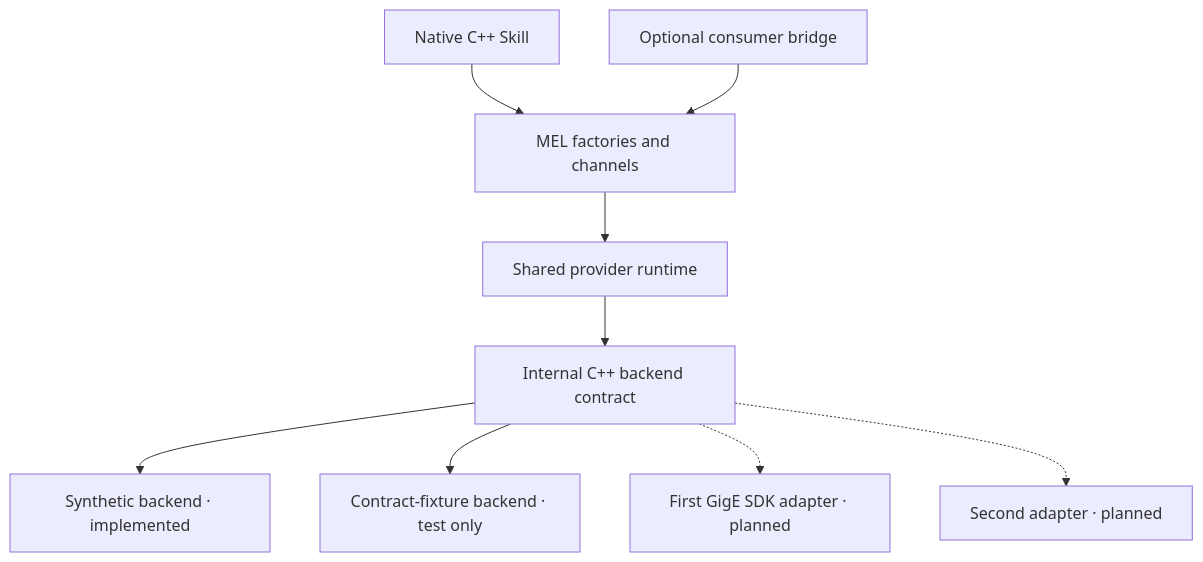
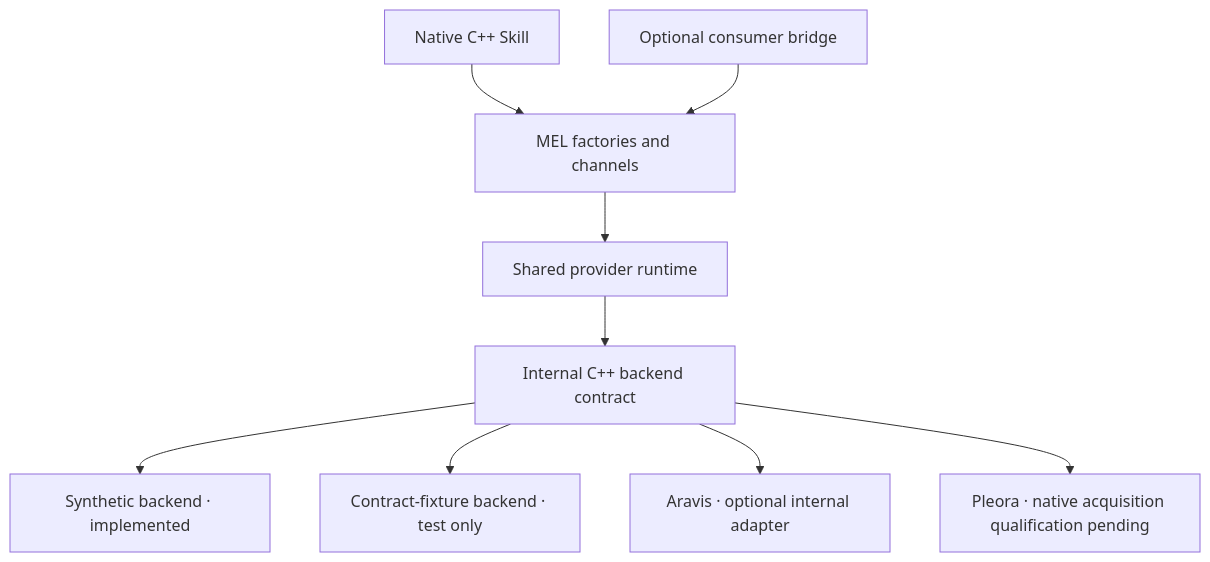
The diagram in README.md (zackboll/ams-gra-gige-mel-provider), drawn with Mermaid before and after one commit. The commit also changed other lines of this file and 22 other files, not shown here.

Commit message:
GIGE-MEL-026: Add optional Pleora backend and host qualification task

````diff
--- a/README.md
+++ b/README.md
@@ -133,11 +142,11 @@
 ```mermaid
 flowchart TD
     Skill["Native C++ Skill"] --> MEL["MEL factories and channels"]
     Bridge["Optional consumer bridge"] --> MEL
     MEL --> Runtime["Shared provider runtime"]
     Runtime --> Contract["Internal C++ backend contract"]
     Contract --> Synthetic["Synthetic backend · implemented"]
     Contract --> Fixture["Contract-fixture backend · test only"]
-    Contract -.-> SDK1["First GigE SDK adapter · planned"]
-    Contract -.-> SDK2["Second adapter · planned"]
+    Contract --> SDK1["Aravis · optional internal adapter"]
+    Contract --> SDK2["Pleora · native acquisition qualification pending"]
 ```
````
